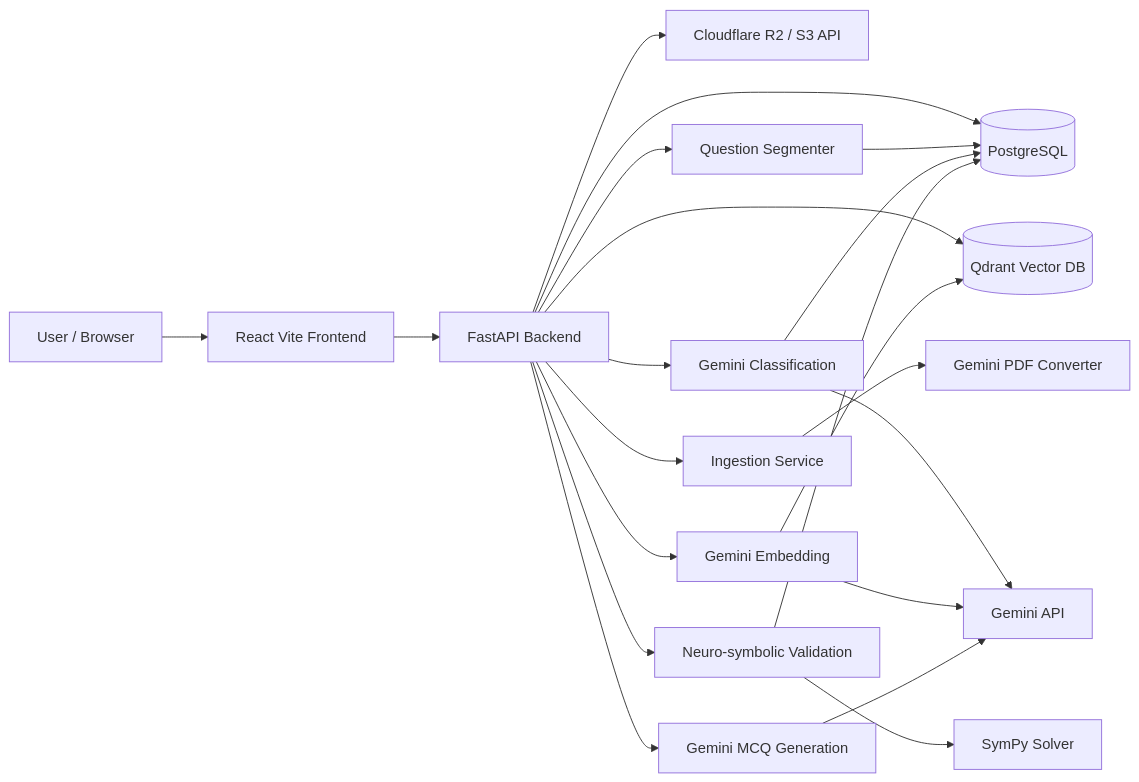
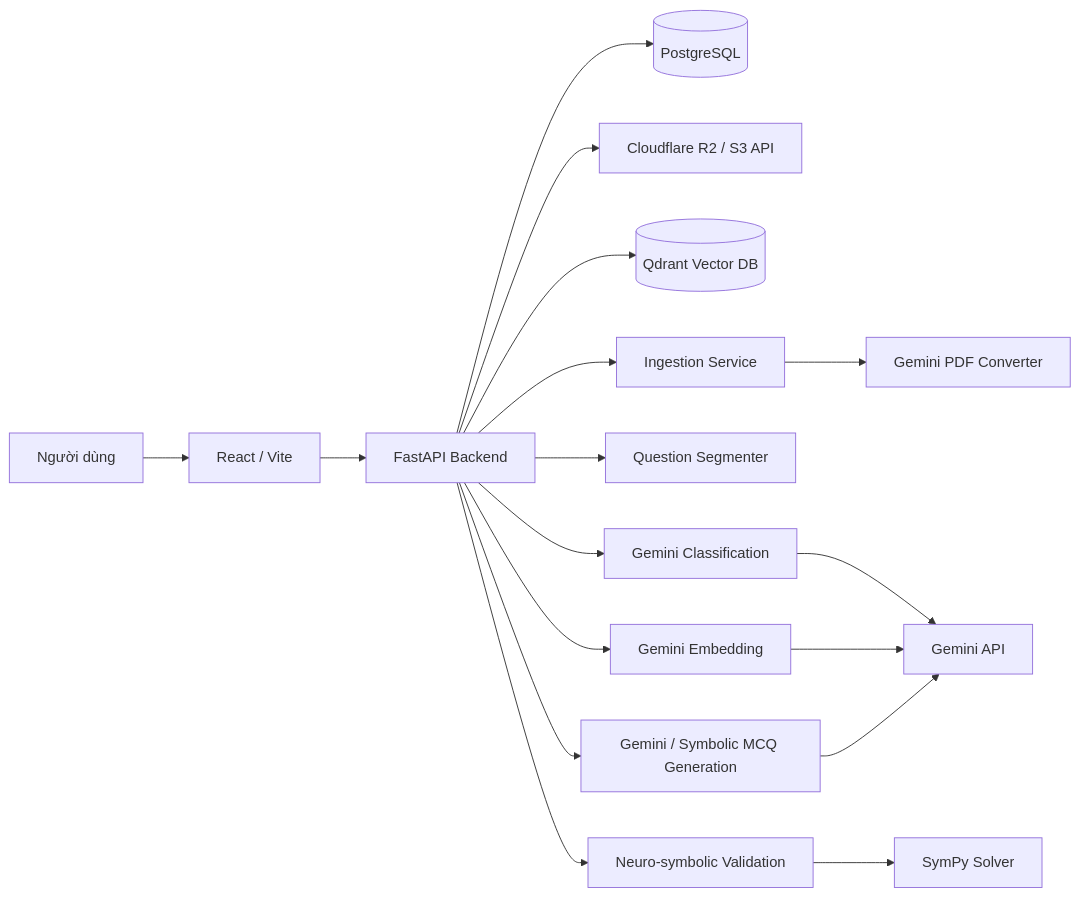
Before and after one commit to ShNam12/math-matching-ai: the first of 2 diagrams in README.md, drawn with Mermaid. The commit also changed other lines of this file, not shown here.

````diff
--- a/README.md
+++ b/README.md
@@ -155,27 +86,22 @@
 ```mermaid
 flowchart LR
-    User[User / Browser] --> Frontend[React Vite Frontend]
+    User[Người dùng] --> Frontend[React / Vite]
     Frontend --> API[FastAPI Backend]
 
     API --> Postgres[(PostgreSQL)]
     API --> R2[Cloudflare R2 / S3 API]
     API --> Qdrant[(Qdrant Vector DB)]
 
     API --> Ingestion[Ingestion Service]
     API --> Segmenter[Question Segmenter]
     API --> Classification[Gemini Classification]
     API --> Embedding[Gemini Embedding]
-    API --> Generation[Gemini MCQ Generation]
+    API --> Generation[Gemini / Symbolic MCQ Generation]
     API --> Neuro[Neuro-symbolic Validation]
 
     Ingestion --> GeminiPDF[Gemini PDF Converter]
     Classification --> GeminiAPI[Gemini API]
     Embedding --> GeminiAPI
     Generation --> GeminiAPI
     Neuro --> SymPy[SymPy Solver]
-
-    Segmenter --> Postgres
-    Classification --> Postgres
-    Embedding --> Qdrant
-    Neuro --> Postgres
 ```
````
